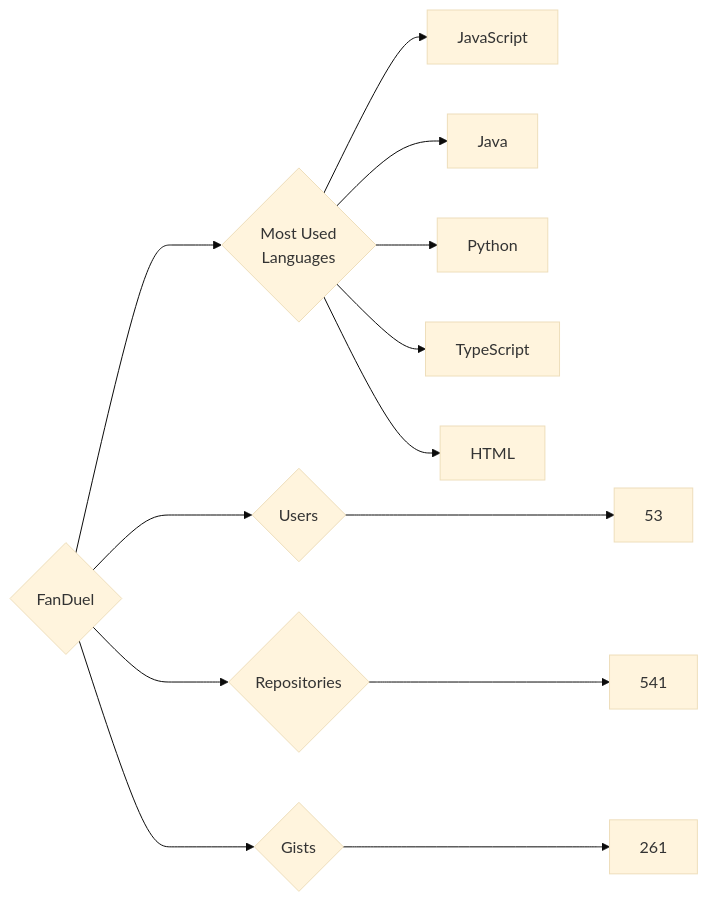
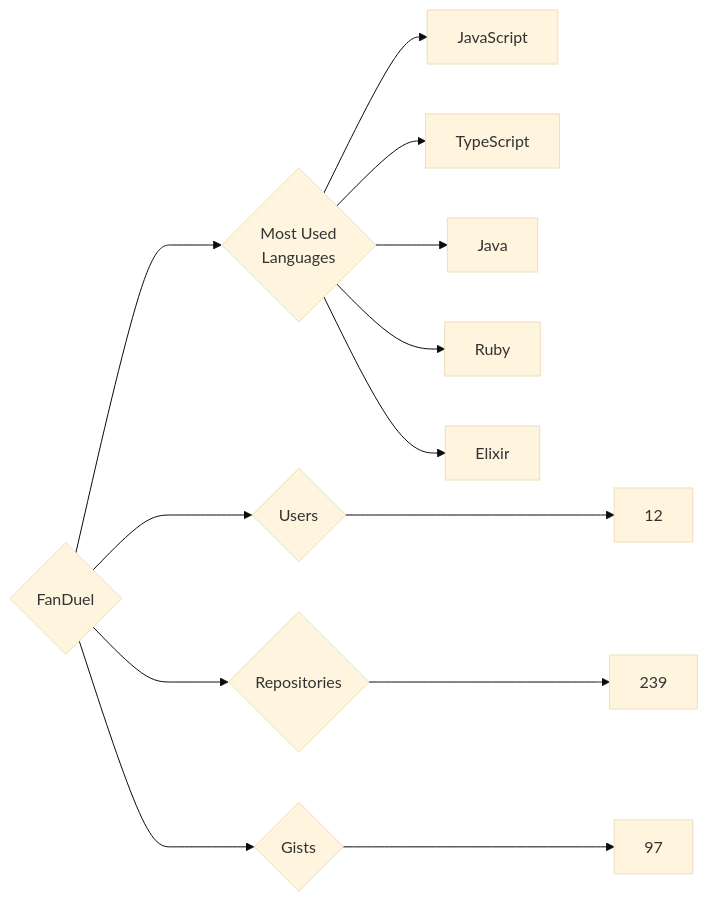
One commit to trickest/insiders changed the diagram in targets/FanDuel/README.md. Above: the diagram before and after it, drawn with Mermaid (base theme). The commit also changed 870 other files, not shown here.

````diff
--- a/targets/FanDuel/README.md
+++ b/targets/FanDuel/README.md
@@ -3,13 +3,13 @@
 ```mermaid
 graph LR
 COMPANY_NAME{FanDuel}
-COMPANY_NAME ---> U{Users} ---> UN[53]
-COMPANY_NAME ---> R{Repositories} ---> RN[541]
-COMPANY_NAME ---> G{Gists} ---> GN[261]
+COMPANY_NAME ---> U{Users} ---> UN[12]
+COMPANY_NAME ---> R{Repositories} ---> RN[239]
+COMPANY_NAME ---> G{Gists} ---> GN[97]
 COMPANY_NAME ---> ML{Most Used<br>Languages}
 ML --> JavaScript[JavaScript]
+ML --> TypeScript[TypeScript]
 ML --> Java[Java]
-ML --> Python[Python]
-ML --> TypeScript[TypeScript]
-ML --> HTML[HTML]
+ML --> Ruby[Ruby]
+ML --> Elixir[Elixir]
 ```
````
